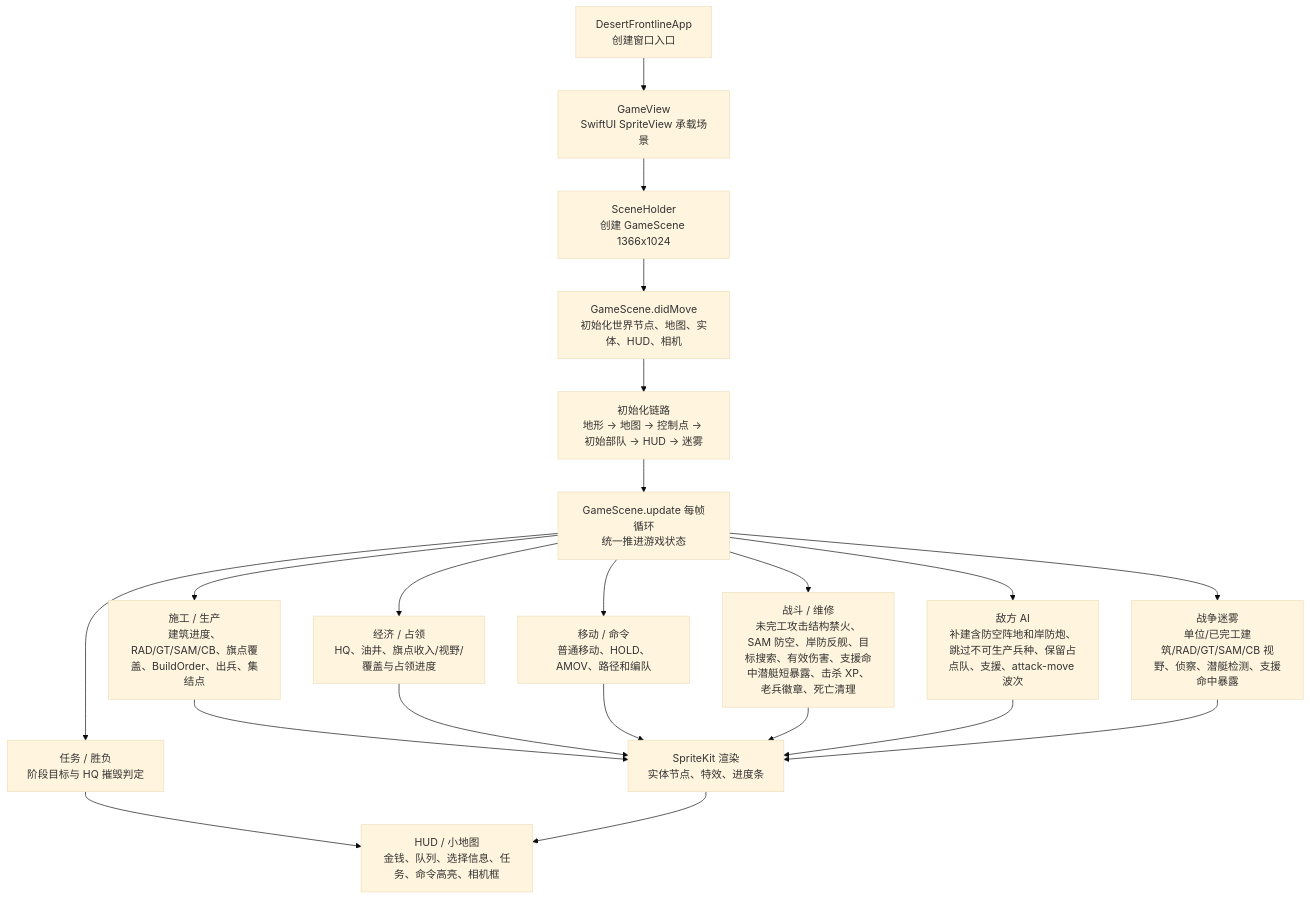
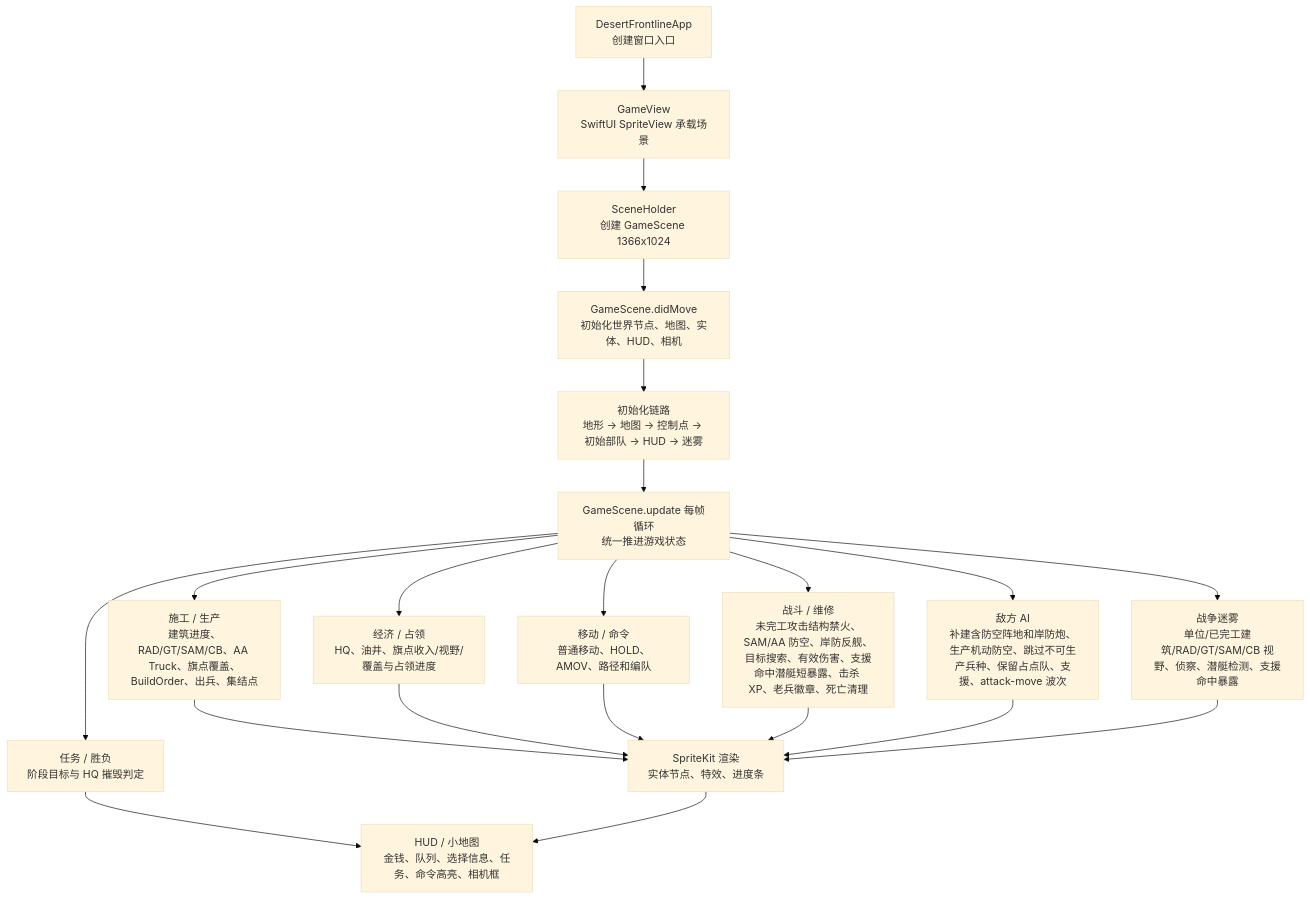
The first of 3 diagrams in md/flow/flowchart.md (Altman-sam114/1145), drawn with Mermaid (base theme) before and after one commit. The commit also changed 4 other files, not shown here.

````diff
--- a/md/flow/flowchart.md
+++ b/md/flow/flowchart.md
@@ -9,23 +9,23 @@
 ```mermaid
 flowchart TD
   App["DesertFrontlineApp\n创建窗口入口"] --> View["GameView\nSwiftUI SpriteView 承载场景"]
   View --> Holder["SceneHolder\n创建 GameScene 1366x1024"]
   Holder --> Scene["GameScene.didMove\n初始化世界节点、地图、实体、HUD、相机"]
   Scene --> Init["初始化链路\n地形 -> 地图 -> 控制点 -> 初始部队 -> HUD -> 迷雾"]
   Init --> Loop["GameScene.update 每帧循环\n统一推进游戏状态"]
-  Loop --> Build["施工 / 生产\n建筑进度、RAD/GT/SAM/CB、旗点覆盖、BuildOrder、出兵、集结点"]
+  Loop --> Build["施工 / 生产\n建筑进度、RAD/GT/SAM/CB、AA Truck、旗点覆盖、BuildOrder、出兵、集结点"]
   Loop --> Economy["经济 / 占领\nHQ、油井、旗点收入/视野/覆盖与占领进度"]
   Loop --> Commands["移动 / 命令\n普通移动、HOLD、AMOV、路径和编队"]
-  Loop --> Combat["战斗 / 维修\n未完工攻击结构禁火、SAM 防空、岸防反舰、目标搜索、有效伤害、支援命中潜艇短暴露、击杀 XP、老兵徽章、死亡清理"]
-  Loop --> AI["敌方 AI\n补建含防空阵地和岸防炮、跳过不可生产兵种、保留占点队、支援、attack-move 波次"]
+  Loop --> Combat["战斗 / 维修\n未完工攻击结构禁火、SAM/AA 防空、岸防反舰、目标搜索、有效伤害、支援命中潜艇短暴露、击杀 XP、老兵徽章、死亡清理"]
+  Loop --> AI["敌方 AI\n补建含防空阵地和岸防炮、生产机动防空、跳过不可生产兵种、保留占点队、支援、attack-move 波次"]
   Loop --> Fog["战争迷雾\n单位/已完工建筑/RAD/GT/SAM/CB 视野、侦察、潜艇检测、支援命中暴露"]
   Loop --> Mission["任务 / 胜负\n阶段目标与 HQ 摧毁判定"]
   Build --> Render["SpriteKit 渲染\n实体节点、特效、进度条"]
   Economy --> Render
   Commands --> Render
   Combat --> Render
   AI --> Render
   Fog --> Render
   Mission --> HUD["HUD / 小地图\n金钱、队列、选择信息、任务、命令高亮、相机框"]
   Render --> HUD
 ```
````
